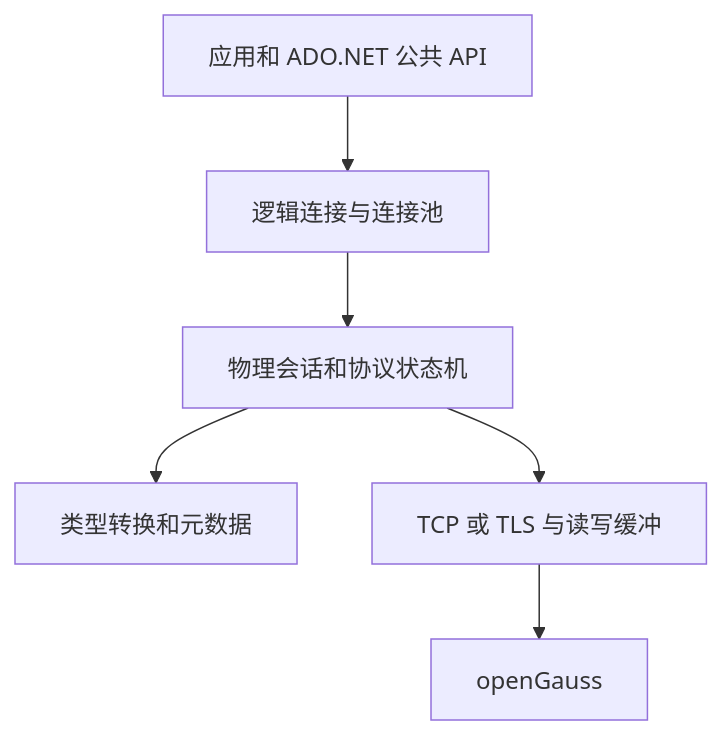
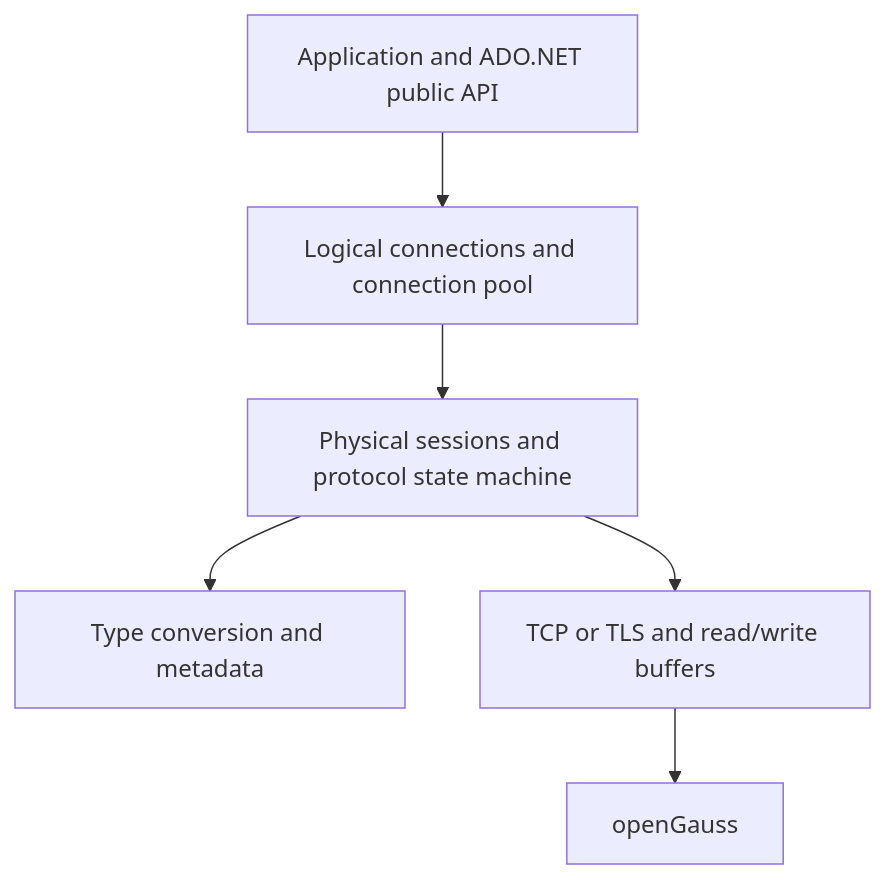
One commit to cocosip/opengauss-connector-dotnet changed the diagram in docs/opengauss-connector-design.md. Above: the diagram before and after it, drawn with Mermaid. The commit also changed other lines of this file and 6 other files, not shown here.

````diff
--- a/docs/opengauss-connector-design.md
+++ b/docs/opengauss-connector-design.md
@@ -95,14 +95,14 @@
 ```mermaid
 flowchart TD
-    App[应用和 ADO.NET 公共 API]
-    Pool[逻辑连接与连接池]
-    Session[物理会话和协议状态机]
-    Codec[类型转换和元数据]
-    Wire[TCP 或 TLS 与读写缓冲]
+    App[Application and ADO.NET public API]
+    Pool[Logical connections and connection pool]
+    Session[Physical sessions and protocol state machine]
+    Codec[Type conversion and metadata]
+    Wire[TCP or TLS and read/write buffers]
     DB[openGauss]
     App --> Pool
     Pool --> Session
     Session --> Codec
     Session --> Wire
     Wire --> DB
 ```
````
